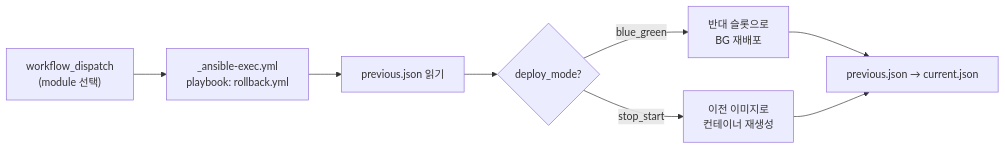
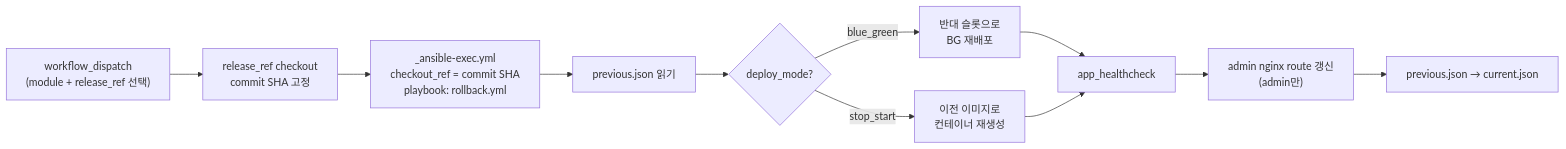
One commit to TEAM-BEAT/BEAT-SERVER changed the tenth of 10 diagrams in infra/README.md. Above: the diagram before and after it, drawn with Mermaid. The commit also changed other lines of this file and 36 other files, not shown here.

First line of the commit message:
refactor: Ansible 배포 파이프라인과 Nginx 설정 경계 재정비 (#401)

````diff
--- a/infra/README.md
+++ b/infra/README.md
@@ -666,9 +736,12 @@
 ```mermaid
 flowchart LR
-    A["workflow_dispatch<br/>(module 선택)"] --> B["_ansible-exec.yml<br/>playbook: rollback.yml"]
-    B --> C["previous.json 읽기"]
-    C --> D{"deploy_mode?"}
-    D -->|"blue_green"| E["반대 슬롯으로<br/>BG 재배포"]
-    D -->|"stop_start"| F["이전 이미지로<br/>컨테이너 재생성"]
-    E & F --> G["previous.json → current.json"]
+    A["workflow_dispatch<br/>(module + release_ref 선택)"] --> B["release_ref checkout<br/>commit SHA 고정"]
+    B --> C["_ansible-exec.yml<br/>checkout_ref = commit SHA<br/>playbook: rollback.yml"]
+    C --> D["previous.json 읽기"]
+    D --> E{"deploy_mode?"}
+    E -->|"blue_green"| F["반대 슬롯으로<br/>BG 재배포"]
+    E -->|"stop_start"| G["이전 이미지로<br/>컨테이너 재생성"]
+    F & G --> H["app_healthcheck"]
+    H --> I["admin nginx route 갱신<br/>(admin만)"]
+    I --> J["previous.json → current.json"]
 ```
````
